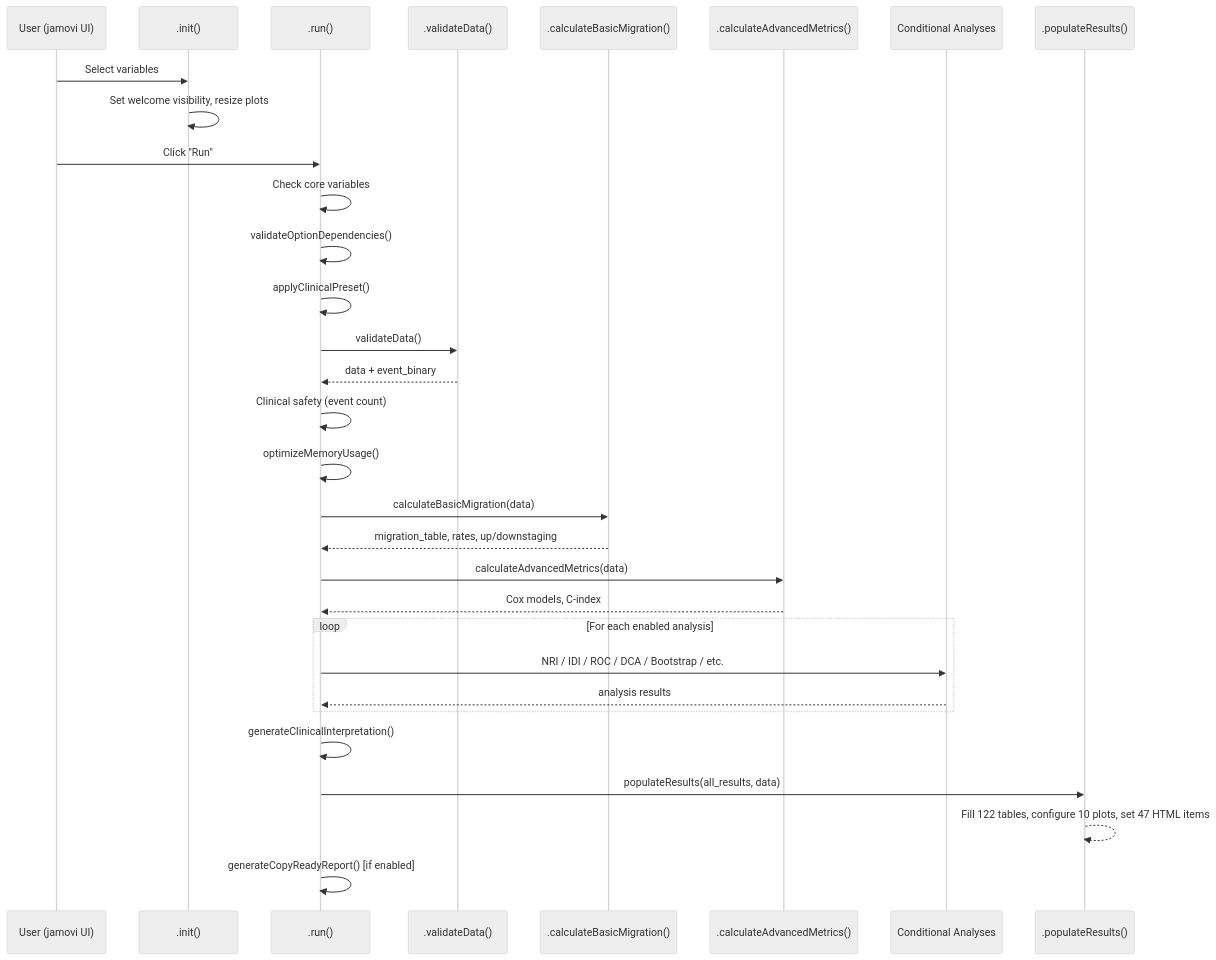
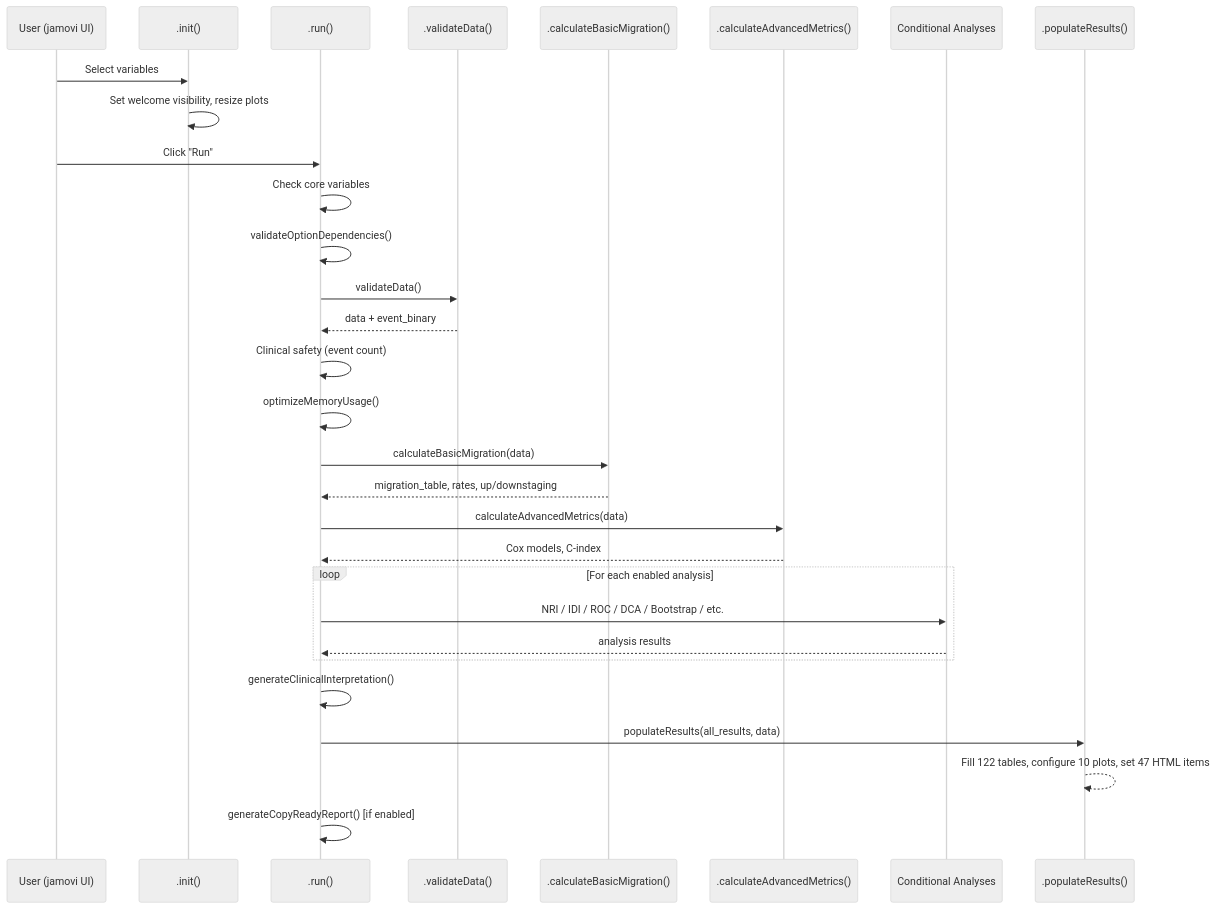
Before and after one commit to sbalci/ClinicoPathJamoviModule: the second of 2 diagrams in vignettes/stagemigration-documentation.md, drawn with Mermaid (neutral theme). The commit also changed other lines of this file and 116 other files, not shown here.

````diff
--- a/vignettes/stagemigration-documentation.md
+++ b/vignettes/stagemigration-documentation.md
@@ -856,40 +845,39 @@
 ```mermaid
 sequenceDiagram
     participant U as User (jamovi UI)
     participant I as .init()
     participant R as .run()
     participant V as .validateData()
     participant B as .calculateBasicMigration()
     participant A as .calculateAdvancedMetrics()
     participant C as Conditional Analyses
     participant P as .populateResults()
 
     U->>I: Select variables
     I->>I: Set welcome visibility, resize plots
 
     U->>R: Click "Run"
     R->>R: Check core variables
     R->>R: validateOptionDependencies()
-    R->>R: applyClinicalPreset()
     R->>V: validateData()
     V-->>R: data + event_binary
 
     R->>R: Clinical safety (event count)
     R->>R: optimizeMemoryUsage()
 
     R->>B: calculateBasicMigration(data)
     B-->>R: migration_table, rates, up/downstaging
 
     R->>A: calculateAdvancedMetrics(data)
     A-->>R: Cox models, C-index
 
     loop For each enabled analysis
         R->>C: NRI / IDI / ROC / DCA / Bootstrap / etc.
         C-->>R: analysis results
     end
 
     R->>R: generateClinicalInterpretation()
     R->>P: populateResults(all_results, data)
     P-->>P: Fill 122 tables, configure 10 plots, set 47 HTML items
     R->>R: generateCopyReadyReport() [if enabled]
 ```
````
